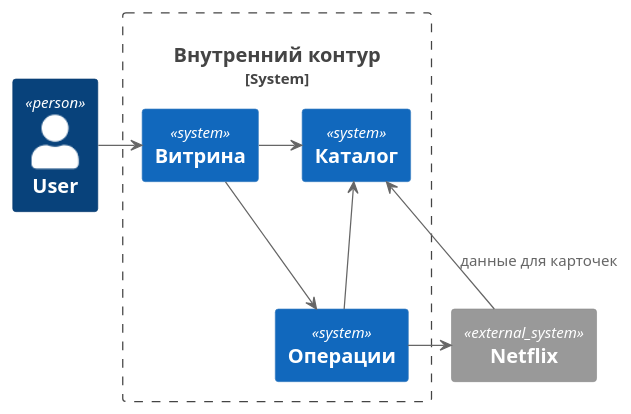
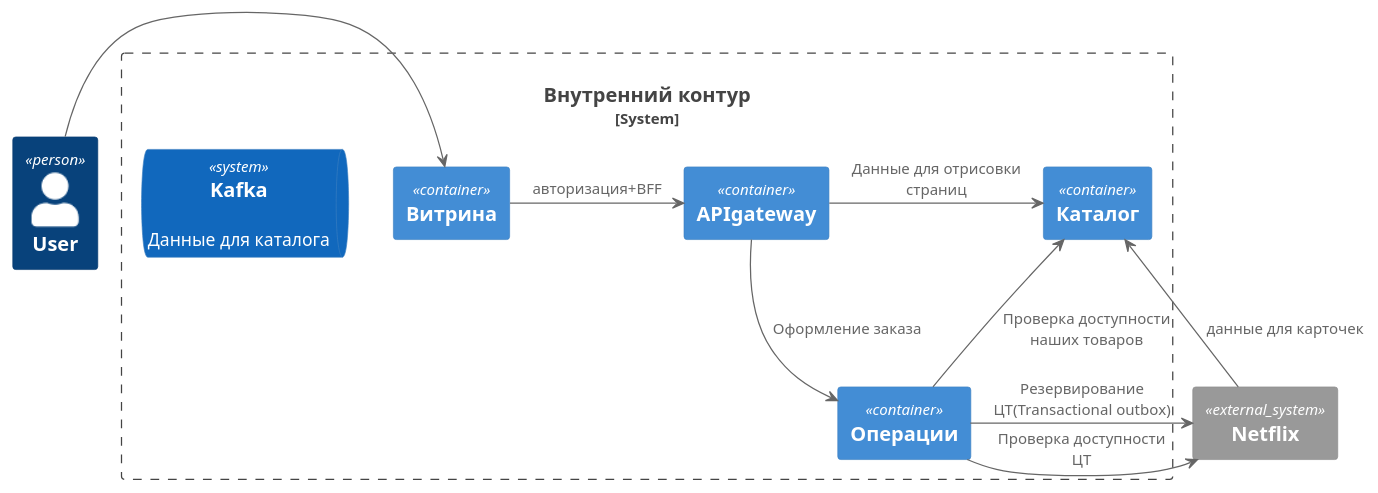
Before and after one commit to JustStjena/SA_interview: the diagram in Цифровые товары ММ/с4.puml, drawn with PlantUML. The commit also changed 2 other files, not shown here.

```diff
--- a/Цифровые товары ММ/с4.puml
+++ b/Цифровые товары ММ/с4.puml
@@ -1,18 +1,22 @@
 @startuml
 !include  https://raw.githubusercontent.com/plantuml-stdlib/C4-PlantUML/master/C4_Container.puml
 Person(User,User)
 System_Boundary(Internal,"Внутренний контур"){
-System(Front,"Витрина")
-System(Catalog,"Каталог")
-System(Processing,"Операции")
+Container(Front,"Витрина")
+Container(Catalog,"Каталог")
+Container(Processing,"Операции")
+Container(APIgateway,"APIgateway")
+SystemQueue(Kafka,"Kafka", "Данные для каталога")
 }
 System_Ext(Netflix,"Netflix")
 
 User -> Front
-Front -> Catalog
-Processing -Up-> Catalog
-Front -> Processing
-Processing -> Netflix
+Front -> APIgateway: авторизация+BFF
+APIgateway -> Catalog:Данные для отрисовки страниц
+Processing -Up-> Catalog: Проверка доступности наших товаров
+APIgateway -> Processing: Оформление заказа
+Processing -> Netflix: Проверка доступности ЦТ
+Processing -> Netflix:  Резервирование ЦТ(Transactional outbox)
 Netflix -> Catalog: данные для карточек
 
 @enduml
```
